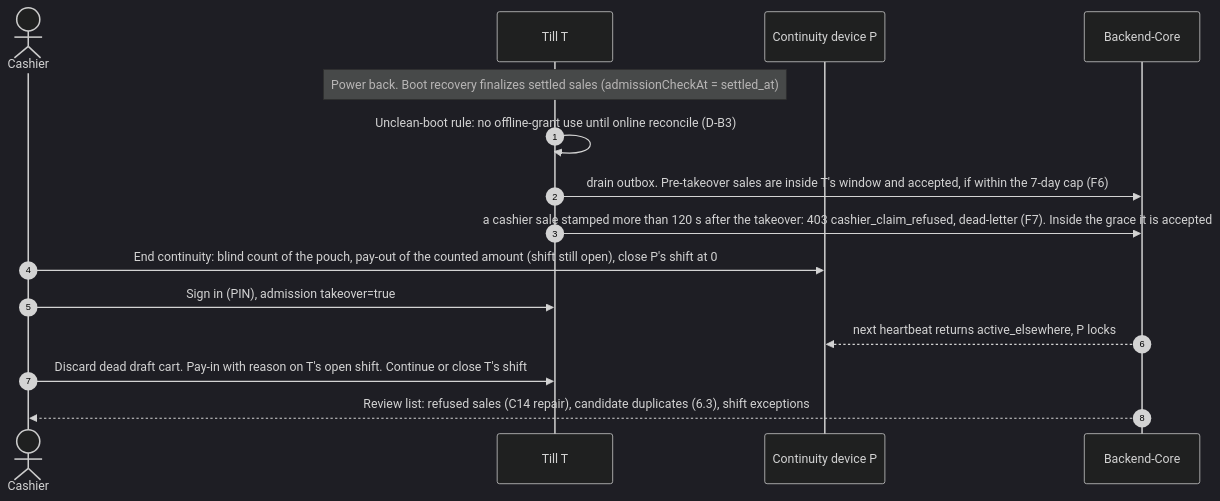
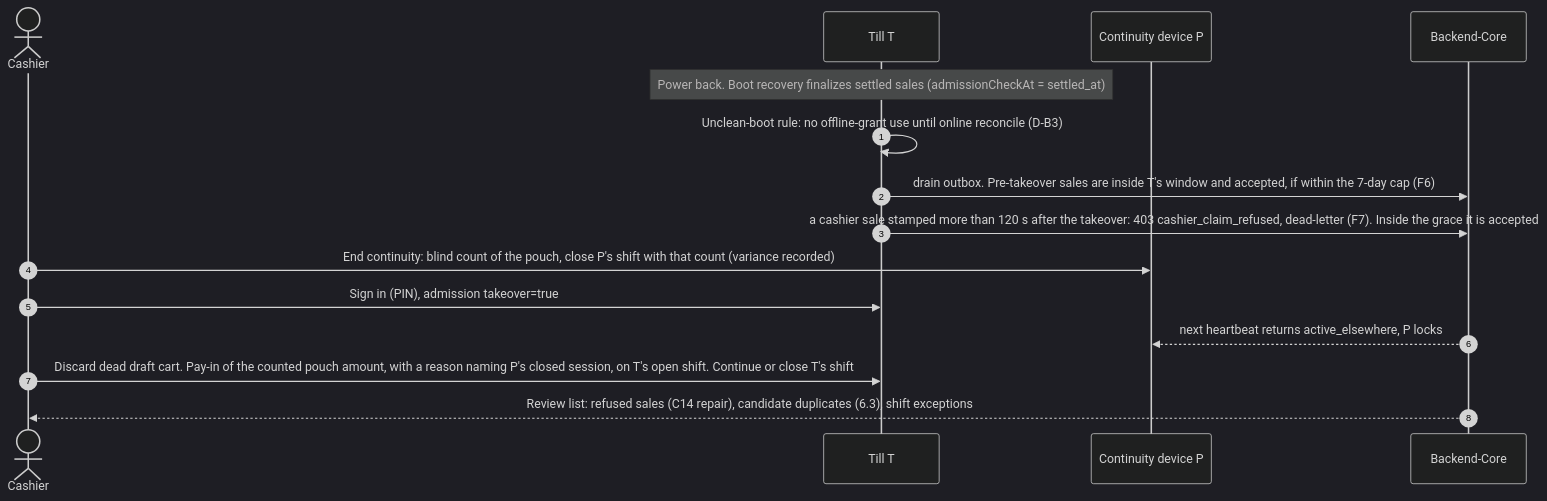
The second of 2 diagrams in docs/superpowers/specs/2026-10-15-rt-230-retail-client-continuity-design.md (Kemetra/POS), drawn with Mermaid (dark theme) before and after one commit. The commit also changed other lines of this file, not shown here.

First line of the commit message:
docs(rt-230): close the phone shift on its count, move the C5 escape check

````diff
--- a/docs/superpowers/specs/2026-10-15-rt-230-retail-client-continuity-design.md
+++ b/docs/superpowers/specs/2026-10-15-rt-230-retail-client-continuity-design.md
@@ -339,17 +339,17 @@
 ```mermaid
 sequenceDiagram
     autonumber
     actor C as Cashier
     participant T as Till T
     participant P as Continuity device P
     participant BC as Backend-Core
     Note over T: Power back. Boot recovery finalizes settled sales (admissionCheckAt = settled_at)
     T->>T: Unclean-boot rule: no offline-grant use until online reconcile (D-B3)
     T->>BC: drain outbox. Pre-takeover sales are inside T's window and accepted, if within the 7-day cap (F6)
     T->>BC: a cashier sale stamped more than 120 s after the takeover: 403 cashier_claim_refused, dead-letter (F7). Inside the grace it is accepted
-    C->>P: End continuity: blind count of the pouch, pay-out of the counted amount (shift still open), close P's shift at 0
+    C->>P: End continuity: blind count of the pouch, close P's shift with that count (variance recorded)
     C->>T: Sign in (PIN), admission takeover=true
     BC-->>P: next heartbeat returns active_elsewhere, P locks
-    C->>T: Discard dead draft cart. Pay-in with reason on T's open shift. Continue or close T's shift
+    C->>T: Discard dead draft cart. Pay-in of the counted pouch amount, with a reason naming P's closed session, on T's open shift. Continue or close T's shift
     BC-->>C: Review list: refused sales (C14 repair), candidate duplicates (6.3), shift exceptions
 ```
````
